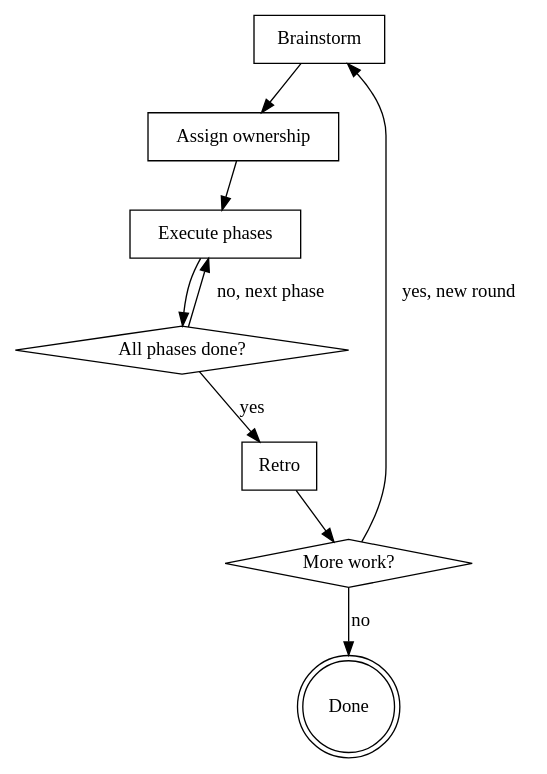
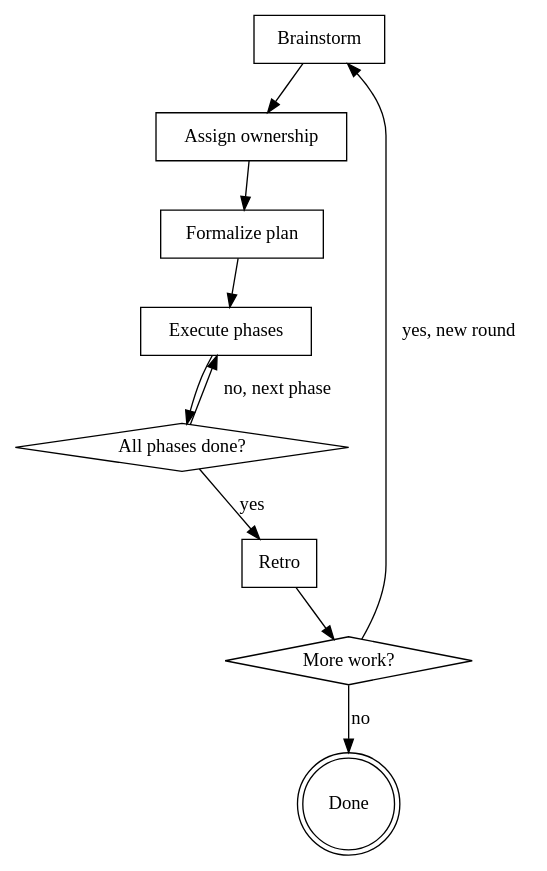
The diagram in skills/pair-programming-rounds/SKILL.md (jah2488/pair-programming-rounds), drawn with Graphviz before and after one commit. The commit also changed other lines of this file and 3 other files, not shown here.

````diff
--- a/skills/pair-programming-rounds/SKILL.md
+++ b/skills/pair-programming-rounds/SKILL.md
@@ -17,20 +17,22 @@
 ```dot
 digraph rounds {
     "Brainstorm" [shape=box];
     "Assign ownership" [shape=box];
+    "Formalize plan" [shape=box];
     "Execute phases" [shape=box];
     "All phases done?" [shape=diamond];
     "Retro" [shape=box];
     "More work?" [shape=diamond];
     "Done" [shape=doublecircle];
 
     "Brainstorm" -> "Assign ownership";
-    "Assign ownership" -> "Execute phases";
+    "Assign ownership" -> "Formalize plan";
+    "Formalize plan" -> "Execute phases";
     "Execute phases" -> "All phases done?";
     "All phases done?" -> "Execute phases" [label="no, next phase"];
     "All phases done?" -> "Retro" [label="yes"];
     "Retro" -> "More work?";
     "More work?" -> "Brainstorm" [label="yes, new round"];
     "More work?" -> "Done" [label="no"];
 }
 ```
````
